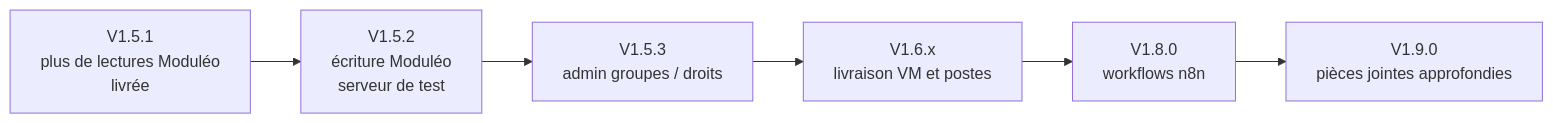
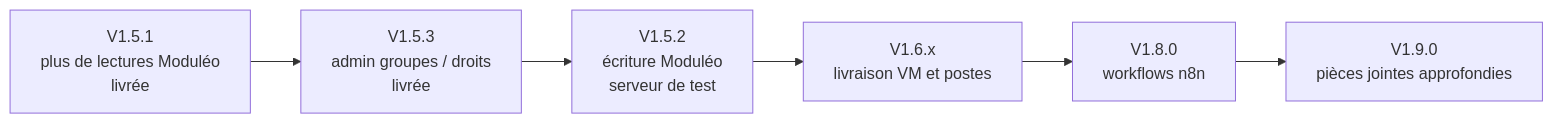
One commit to UlyssouLV/BBASS-Agents-IA changed the third of 3 diagrams in README.md. Above: the diagram before and after it, drawn with Mermaid. The commit also changed other lines of this file and 196 other files, not shown here.

First line of the commit message:
V1.5.3 — Administration des groupes et droits Moduléo depuis le Panel (#215)

````diff
--- a/README.md
+++ b/README.md
@@ -161,8 +174,8 @@
 ```mermaid
 flowchart LR
-  V151["V1.5.1<br/>plus de lectures Moduléo<br/>livrée"] --> V152["V1.5.2<br/>écriture Moduléo<br/>serveur de test"]
-  V152 --> V153["V1.5.3<br/>admin groupes / droits"]
-  V153 --> V16x["V1.6.x<br/>livraison VM et postes"]
+  V151["V1.5.1<br/>plus de lectures Moduléo<br/>livrée"] --> V153["V1.5.3<br/>admin groupes / droits<br/>livrée"]
+  V153 --> V152["V1.5.2<br/>écriture Moduléo<br/>serveur de test"]
+  V152 --> V16x["V1.6.x<br/>livraison VM et postes"]
   V16x --> V180["V1.8.0<br/>workflows n8n"]
   V180 --> V190["V1.9.0<br/>pièces jointes approfondies"]
 ```
````
